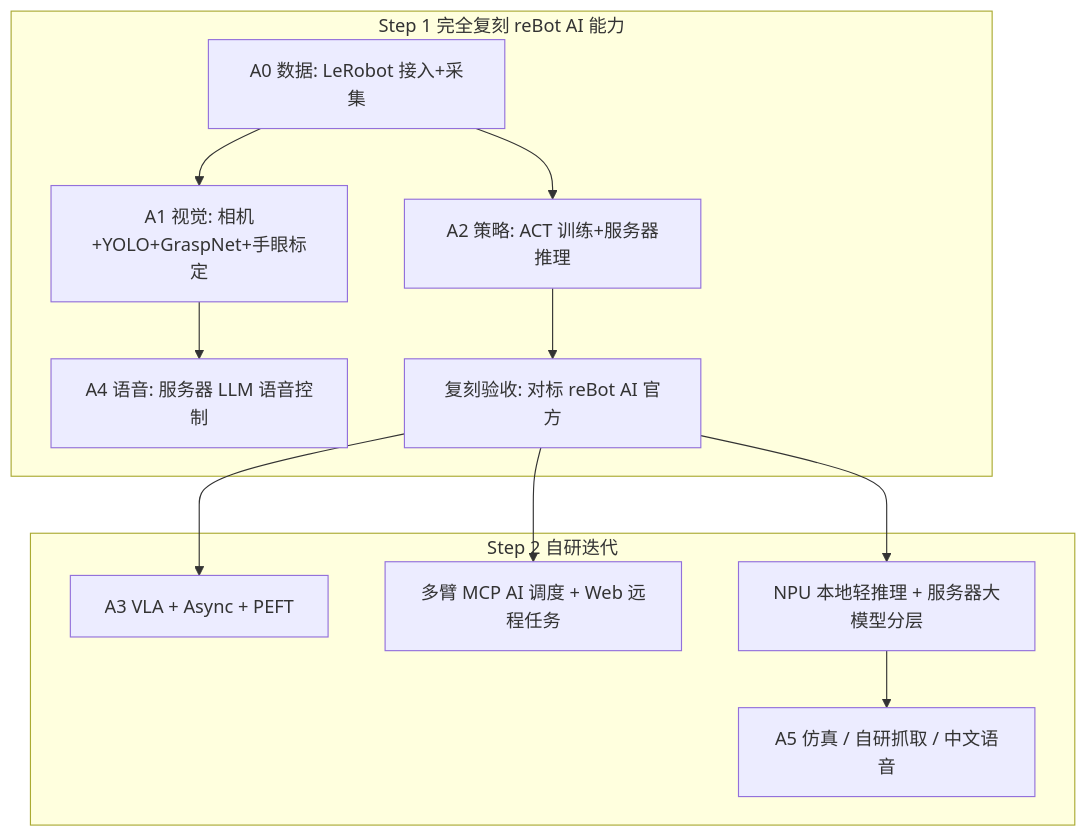
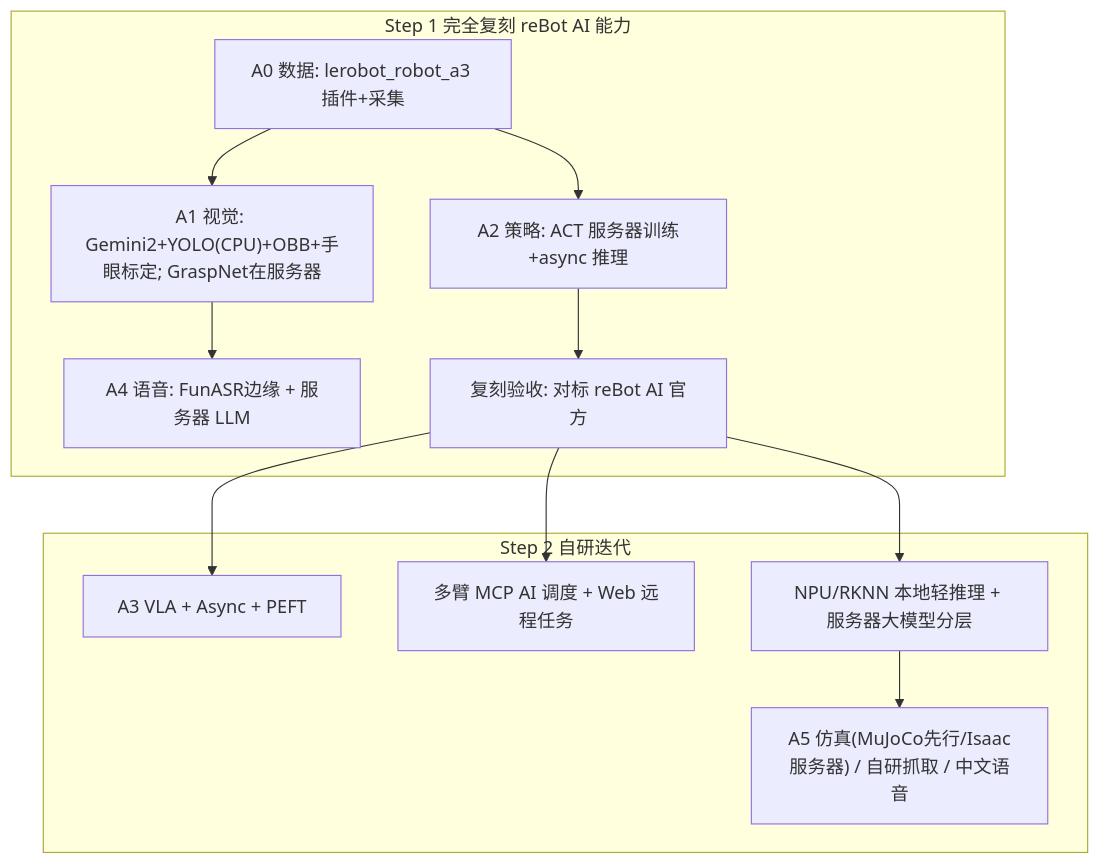
The fourth of 4 diagrams in docs/shared/AI_ROADMAP.md (deep-diary/a3_arm_ws), drawn with Mermaid before and after one commit. The commit also changed other lines of this file and 20 other files, not shown here.

````diff
--- a/docs/shared/AI_ROADMAP.md
+++ b/docs/shared/AI_ROADMAP.md
@@ -246,16 +324,16 @@
 ```mermaid
 flowchart TD
     subgraph step1 [Step 1 完全复刻 reBot AI 能力]
-        S10[A0 数据: LeRobot 接入+采集] --> S11[A1 视觉: 相机+YOLO+GraspNet+手眼标定]
-        S10 --> S12[A2 策略: ACT 训练+服务器推理]
-        S11 --> S13[A4 语音: 服务器 LLM 语音控制]
+        S10[A0 数据: lerobot_robot_a3 插件+采集] --> S11["A1 视觉: Gemini2+YOLO(CPU)+OBB+手眼标定; GraspNet在服务器"]
+        S10 --> S12[A2 策略: ACT 服务器训练+async 推理]
+        S11 --> S13[A4 语音: FunASR边缘 + 服务器 LLM]
         S12 --> S1Done[复刻验收: 对标 reBot AI 官方]
     end
 
     subgraph step2 [Step 2 自研迭代]
         S1Done --> S21[A3 VLA + Async + PEFT]
         S1Done --> S22[多臂 MCP AI 调度 + Web 远程任务]
-        S1Done --> S23[NPU 本地轻推理 + 服务器大模型分层]
-        S23 --> S24[A5 仿真 / 自研抓取 / 中文语音]
+        S1Done --> S23[NPU/RKNN 本地轻推理 + 服务器大模型分层]
+        S23 --> S24["A5 仿真(MuJoCo先行/Isaac服务器) / 自研抓取 / 中文语音"]
     end
 ```
````
